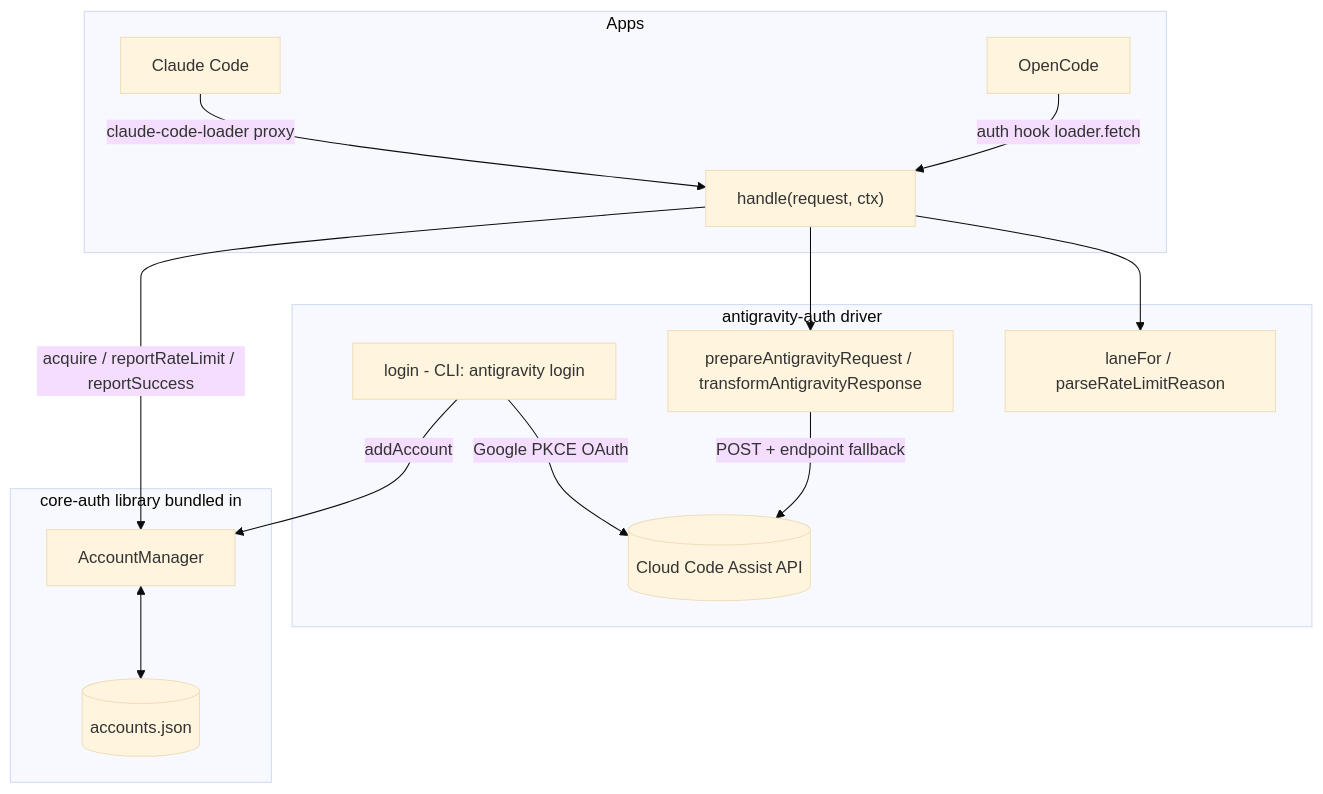
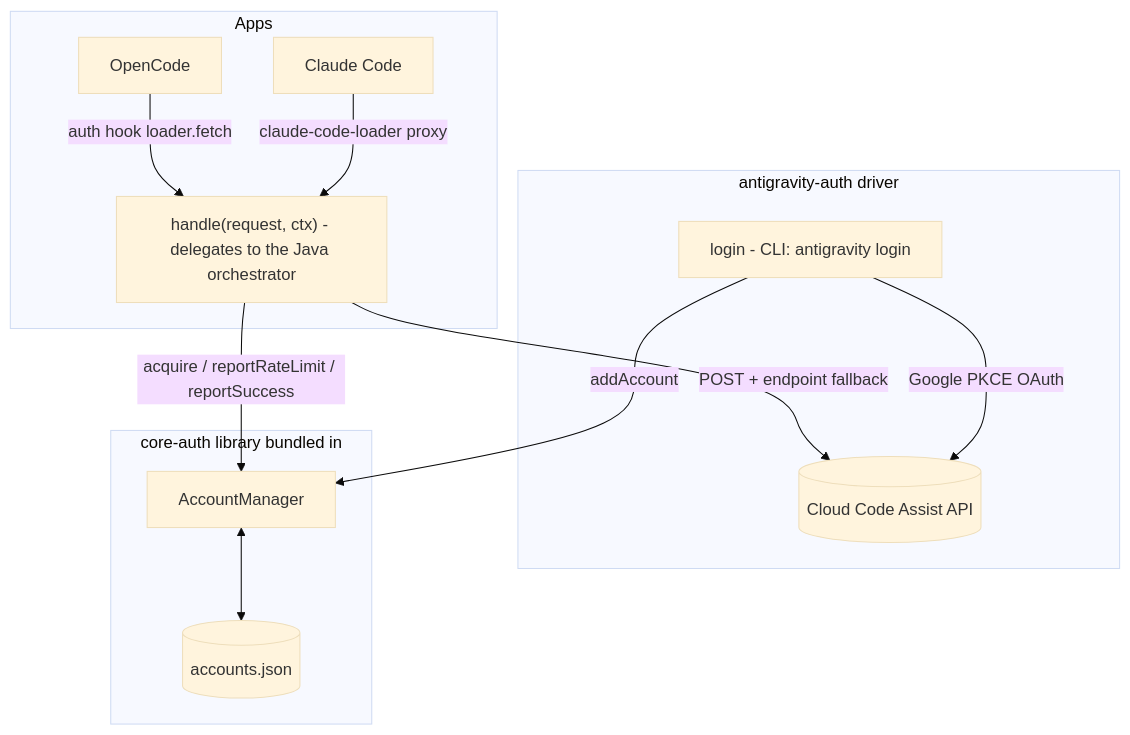
One commit to intisy-ai/antigravity-auth changed the diagram in README.md. Above: the diagram before and after it, drawn with Mermaid (base theme). The commit also changed other lines of this file and 8 other files, not shown here.

````diff
--- a/README.md
+++ b/README.md
@@ -11,27 +11,23 @@
 ```mermaid
 flowchart TD
     subgraph Apps
         OC[OpenCode] -->|auth hook loader.fetch| HANDLE
         CC[Claude Code] -->|claude-code-loader proxy| HANDLE
     end
 
     subgraph Driver [antigravity-auth driver]
-        HANDLE["handle(request, ctx)"]
+        HANDLE["handle(request, ctx) - delegates to the Java orchestrator"]
         LOGIN["login - CLI: antigravity login"]
-        TRANSFORM["prepareAntigravityRequest / transformAntigravityResponse"]
-        LANES["laneFor / parseRateLimitReason"]
-        HANDLE --> LANES
-        HANDLE --> TRANSFORM
-        TRANSFORM -->|POST + endpoint fallback| GOOGLE[(Cloud Code Assist API)]
+        HANDLE -->|POST + endpoint fallback| GOOGLE[(Cloud Code Assist API)]
         LOGIN -->|Google PKCE OAuth| GOOGLE
     end
 
     subgraph Core [core-auth library bundled in]
         MGR[AccountManager]
         STORE[(accounts.json)]
         MGR <--> STORE
     end
 
     HANDLE -->|acquire / reportRateLimit / reportSuccess| MGR
     LOGIN -->|addAccount| MGR
 ```
````
